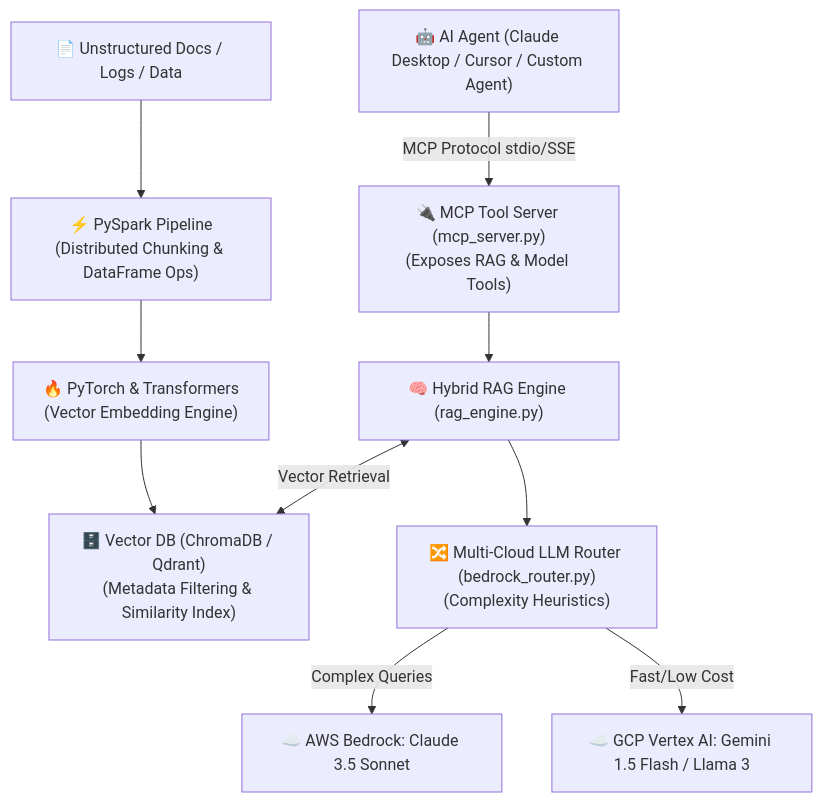
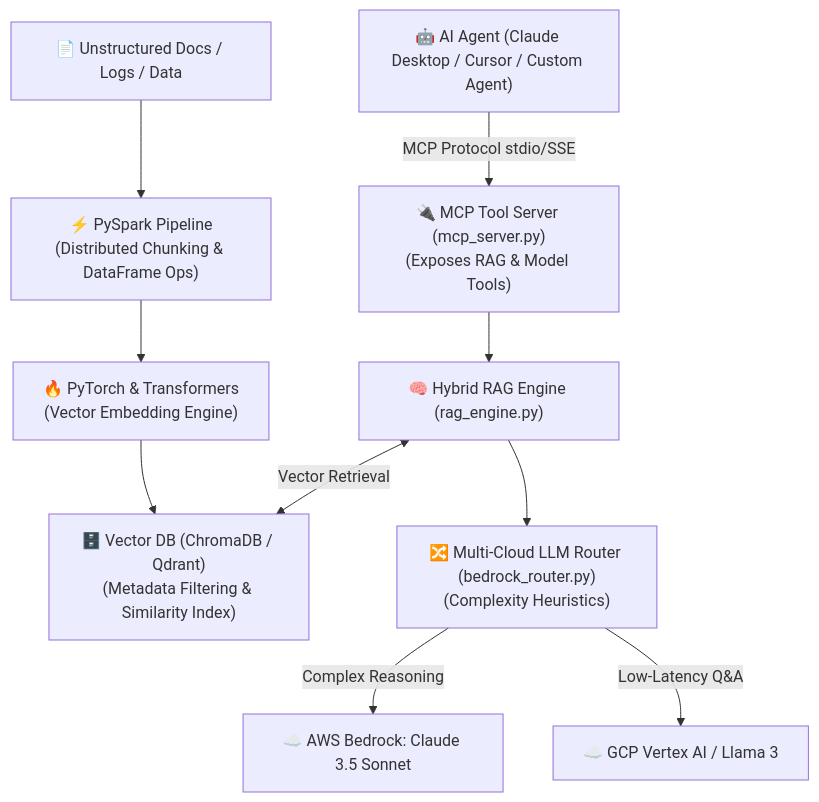
Before and after one commit to rajachakraborti/rag-lakehouse: the diagram in README.md, drawn with Mermaid. The commit also changed other lines of this file, not shown here.

````diff
--- a/README.md
+++ b/README.md
@@ -19,14 +10,14 @@
 ```mermaid
 graph TD
     Docs["📄 Unstructured Docs / Logs / Data"] --> Spark["⚡ PySpark Pipeline\n(Distributed Chunking & DataFrame Ops)"]
     Spark --> PyTorch["🔥 PyTorch & Transformers\n(Vector Embedding Engine)"]
     PyTorch --> VectorDB["🗄️ Vector DB (ChromaDB / Qdrant)\n(Metadata Filtering & Similarity Index)"]
 
     Agent["🤖 AI Agent (Claude Desktop / Cursor / Custom Agent)"] -->|MCP Protocol stdio/SSE| MCPServer["🔌 MCP Tool Server (mcp_server.py)\n(Exposes RAG & Model Tools)"]
     MCPServer --> Engine["🧠 Hybrid RAG Engine (rag_engine.py)"]
     Engine <-->|Vector Retrieval| VectorDB
     Engine --> Router["🔀 Multi-Cloud LLM Router (bedrock_router.py)\n(Complexity Heuristics)"]
 
-    Router -->|Complex Queries| Sonnet["☁️ AWS Bedrock: Claude 3.5 Sonnet"]
-    Router -->|Fast/Low Cost| Gemini["☁️ GCP Vertex AI: Gemini 1.5 Flash / Llama 3"]
+    Router -->|Complex Reasoning| Sonnet["☁️ AWS Bedrock: Claude 3.5 Sonnet"]
+    Router -->|Low-Latency Q&A| Gemini["☁️ GCP Vertex AI / Llama 3"]
 ```
````
